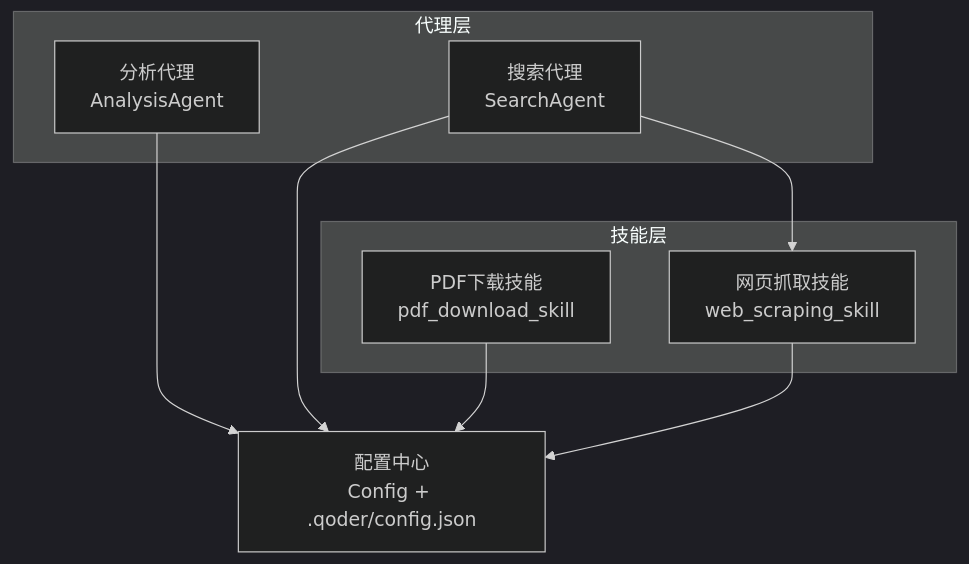
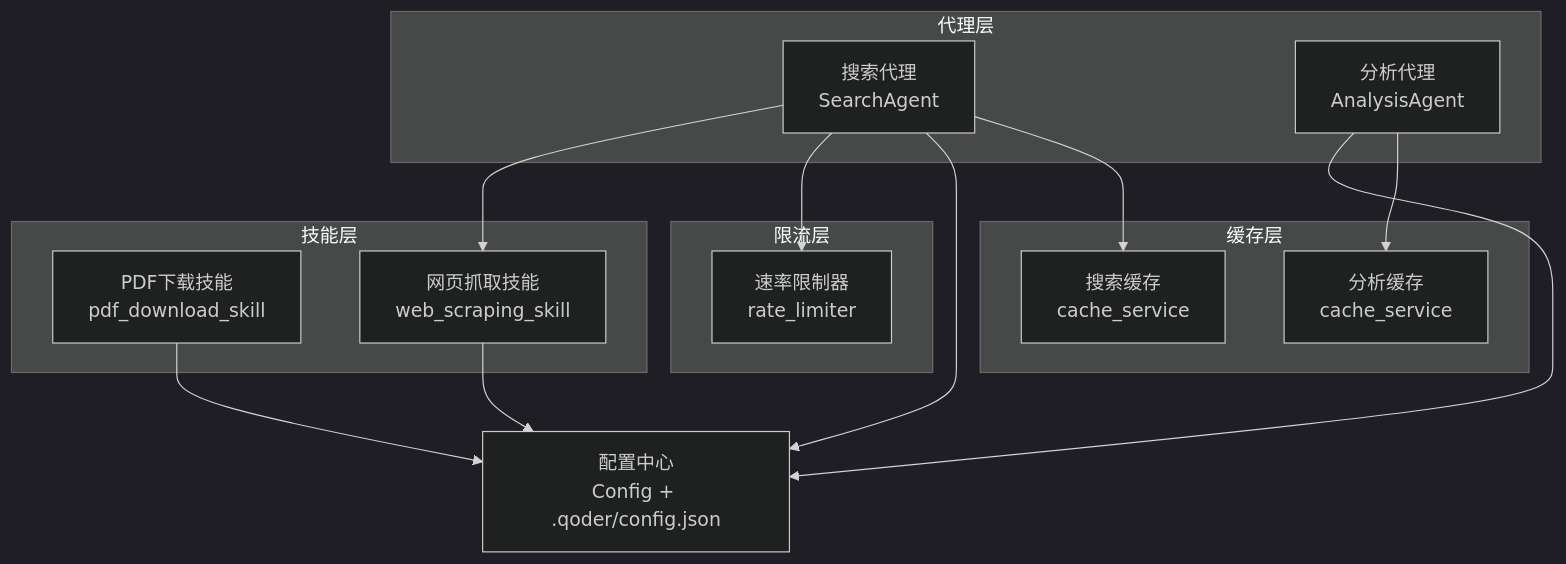
The second of 13 diagrams in .qoder/repowiki/zh/content/系统架构设计/AI代理系统架构.md (wangdy21/search_is_all_you_need), drawn with Mermaid (dark theme) before and after one commit. The commit also changed other lines of this file and 11 other files, not shown here.

````diff
--- a/.qoder/repowiki/zh/content/系统架构设计/AI代理系统架构.md
+++ b/.qoder/repowiki/zh/content/系统架构设计/AI代理系统架构.md
@@ -121,17 +153,27 @@
 ```mermaid
 graph TB
 CFG["配置中心<br/>Config + .qoder/config.json"]
 subgraph "代理层"
 SA["搜索代理<br/>SearchAgent"]
 AA["分析代理<br/>AnalysisAgent"]
 end
 subgraph "技能层"
 PDF["PDF下载技能<br/>pdf_download_skill"]
 WEB["网页抓取技能<br/>web_scraping_skill"]
 end
+subgraph "缓存层"
+SC["搜索缓存<br/>cache_service"]
+AC["分析缓存<br/>cache_service"]
+end
+subgraph "限流层"
+RL["速率限制器<br/>rate_limiter"]
+end
 SA --> WEB
+SA --> RL
 AA --> CFG
 SA --> CFG
 PDF --> CFG
 WEB --> CFG
+SA --> SC
+AA --> AC
 ```
````
